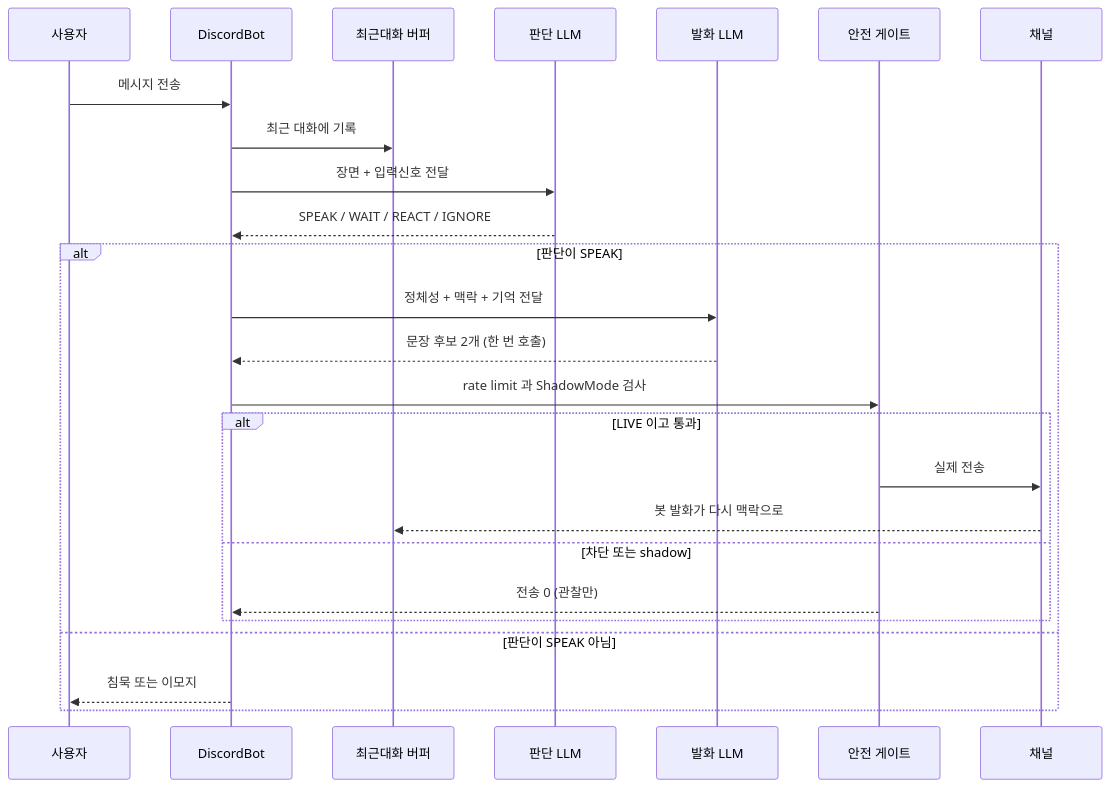
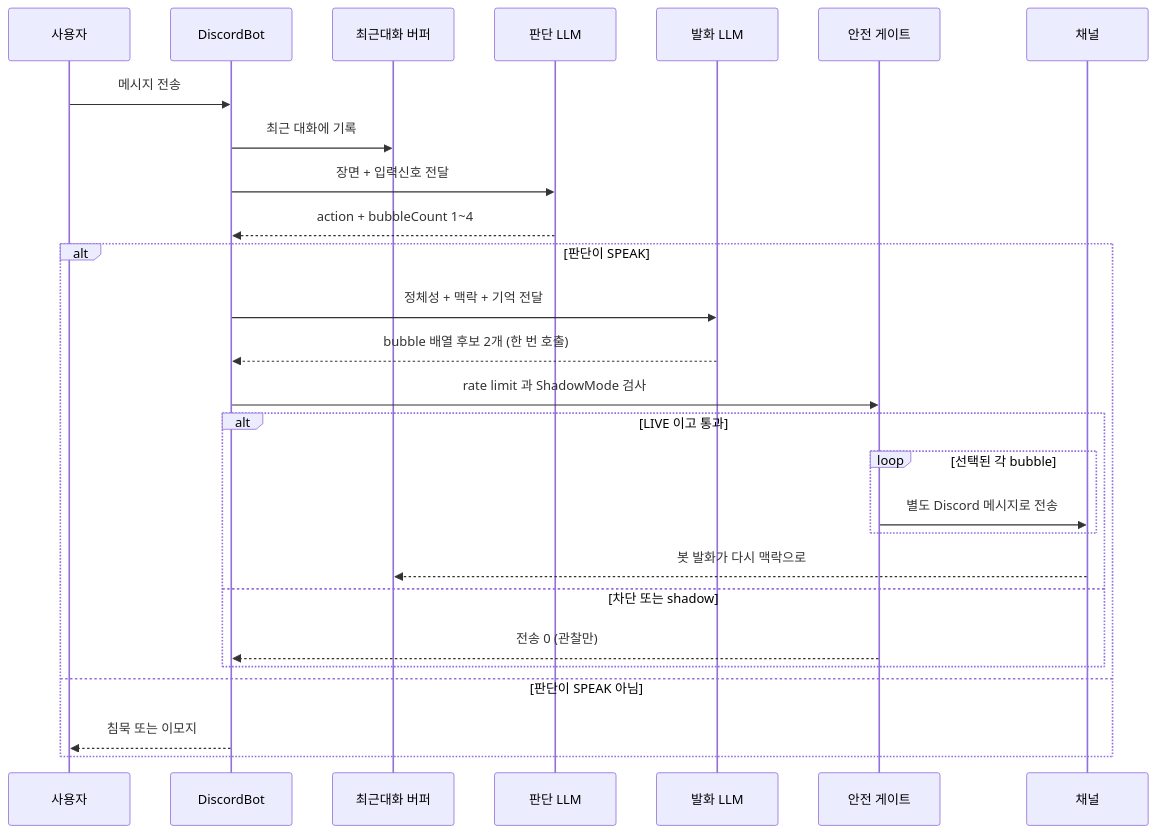
One commit to Hyeonjun0527/discord-ai-network-bot changed the fourth of 5 diagrams in docs/nexa/NIA_PIPELINE.md. Above: the diagram before and after it, drawn with Mermaid. The commit also changed other lines of this file and 42 other files, not shown here.

````diff
--- a/docs/nexa/NIA_PIPELINE.md
+++ b/docs/nexa/NIA_PIPELINE.md
@@ -97,28 +106,30 @@
 ```mermaid
 sequenceDiagram
     participant User as 사용자
     participant Bot as DiscordBot
     participant Buf as 최근대화 버퍼
     participant Judge as 판단 LLM
     participant Speech as 발화 LLM
     participant Gate as 안전 게이트
     participant Ch as 채널
 
     User->>Bot: 메시지 전송
     Bot->>Buf: 최근 대화에 기록
     Bot->>Judge: 장면 + 입력신호 전달
-    Judge-->>Bot: SPEAK / WAIT / REACT / IGNORE
+    Judge-->>Bot: action + bubbleCount 1~4
     alt 판단이 SPEAK
         Bot->>Speech: 정체성 + 맥락 + 기억 전달
-        Speech-->>Bot: 문장 후보 2개 (한 번 호출)
+        Speech-->>Bot: bubble 배열 후보 2개 (한 번 호출)
         Bot->>Gate: rate limit 과 ShadowMode 검사
         alt LIVE 이고 통과
-            Gate->>Ch: 실제 전송
+            loop 선택된 각 bubble
+                Gate->>Ch: 별도 Discord 메시지로 전송
+            end
             Ch-->>Buf: 봇 발화가 다시 맥락으로
         else 차단 또는 shadow
             Gate-->>Bot: 전송 0 (관찰만)
         end
     else 판단이 SPEAK 아님
         Bot-->>User: 침묵 또는 이모지
     end
 ```
````
